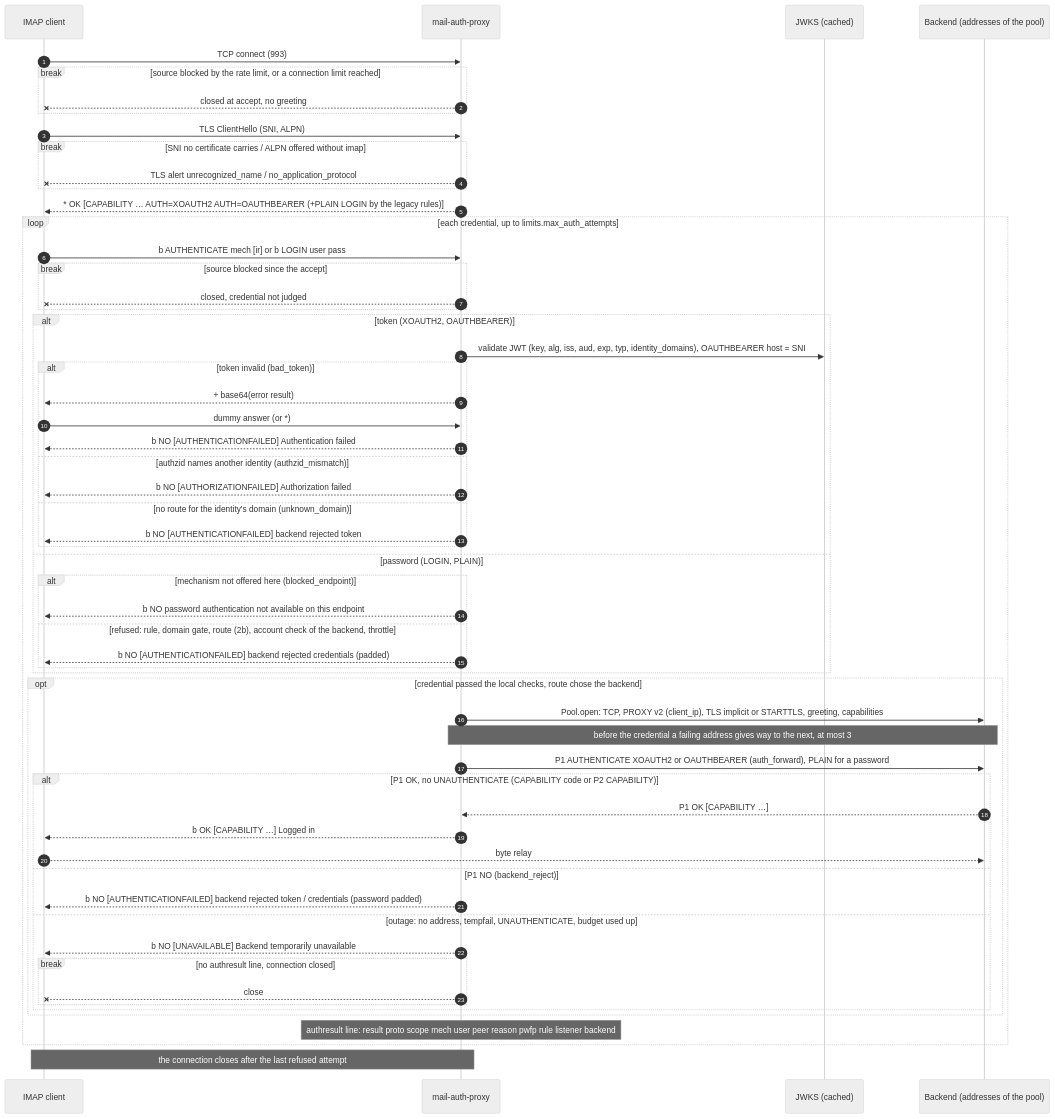
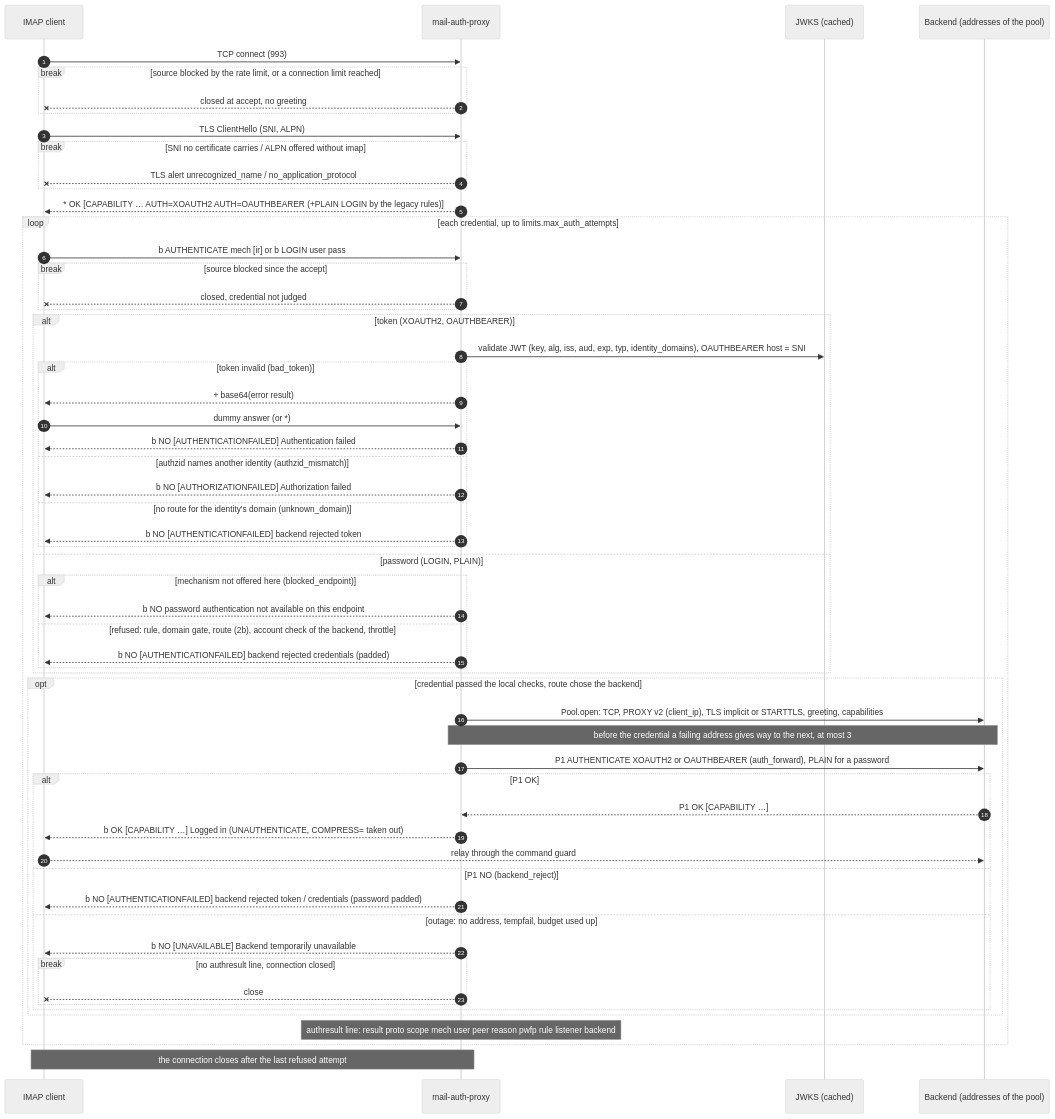
The first of 3 diagrams in docs/protocols.md (NK-IT-CLOUD/mail-auth-proxy), drawn with Mermaid (neutral theme) before and after one commit. The commit also changed other lines of this file and 29 other files, not shown here.

````diff
--- a/docs/protocols.md
+++ b/docs/protocols.md
@@ -96,60 +94,60 @@
 ```mermaid
 sequenceDiagram
     autonumber
     participant C as IMAP client
     participant P as mail-auth-proxy
     participant I as JWKS (cached)
     participant B as Backend (addresses of the pool)
     C->>P: TCP connect (993)
     break source blocked by the rate limit, or a connection limit reached
         P--xC: closed at accept, no greeting
     end
     C->>P: TLS ClientHello (SNI, ALPN)
     break SNI no certificate carries / ALPN offered without imap
         P--xC: TLS alert unrecognized_name / no_application_protocol
     end
     P-->>C: * OK [CAPABILITY … AUTH=XOAUTH2 AUTH=OAUTHBEARER (+PLAIN LOGIN by the legacy rules)]
     loop each credential, up to limits.max_auth_attempts
         C->>P: b AUTHENTICATE mech [ir]  or  b LOGIN user pass
         break source blocked since the accept
             P--xC: closed, credential not judged
         end
         alt token (XOAUTH2, OAUTHBEARER)
             P->>I: validate JWT (key, alg, iss, aud, exp, typ, identity_domains), OAUTHBEARER host = SNI
             alt token invalid (bad_token)
                 P-->>C: + base64(error result)
                 C->>P: dummy answer (or *)
                 P-->>C: b NO [AUTHENTICATIONFAILED] Authentication failed
             else authzid names another identity (authzid_mismatch)
                 P-->>C: b NO [AUTHORIZATIONFAILED] Authorization failed
             else no route for the identity's domain (unknown_domain)
                 P-->>C: b NO [AUTHENTICATIONFAILED] backend rejected token
             end
         else password (LOGIN, PLAIN)
             alt mechanism not offered here (blocked_endpoint)
                 P-->>C: b NO password authentication not available on this endpoint
             else refused: rule, domain gate, route (2b), account check of the backend, throttle
                 P-->>C: b NO [AUTHENTICATIONFAILED] backend rejected credentials (padded)
             end
         end
         opt credential passed the local checks, route chose the backend
             P->>B: Pool.open: TCP, PROXY v2 (client_ip), TLS implicit or STARTTLS, greeting, capabilities
             Note over P,B: before the credential a failing address gives way to the next, at most 3
             P->>B: P1 AUTHENTICATE XOAUTH2 or OAUTHBEARER (auth_forward), PLAIN for a password
-            alt P1 OK, no UNAUTHENTICATE (CAPABILITY code or P2 CAPABILITY)
+            alt P1 OK
                 B-->>P: P1 OK [CAPABILITY …]
-                P-->>C: b OK [CAPABILITY …] Logged in
-                C-->>B: byte relay
+                P-->>C: b OK [CAPABILITY …] Logged in (UNAUTHENTICATE, COMPRESS= taken out)
+                C-->>B: relay through the command guard
             else P1 NO (backend_reject)
                 P-->>C: b NO [AUTHENTICATIONFAILED] backend rejected token / credentials (password padded)
-            else outage: no address, tempfail, UNAUTHENTICATE, budget used up
+            else outage: no address, tempfail, budget used up
                 P-->>C: b NO [UNAVAILABLE] Backend temporarily unavailable
                 break no authresult line, connection closed
                     P--xC: close
                 end
             end
         end
         Note over P: authresult line: result proto scope mech user peer reason pwfp rule listener backend
     end
     Note over C,P: the connection closes after the last refused attempt
 ```
````
